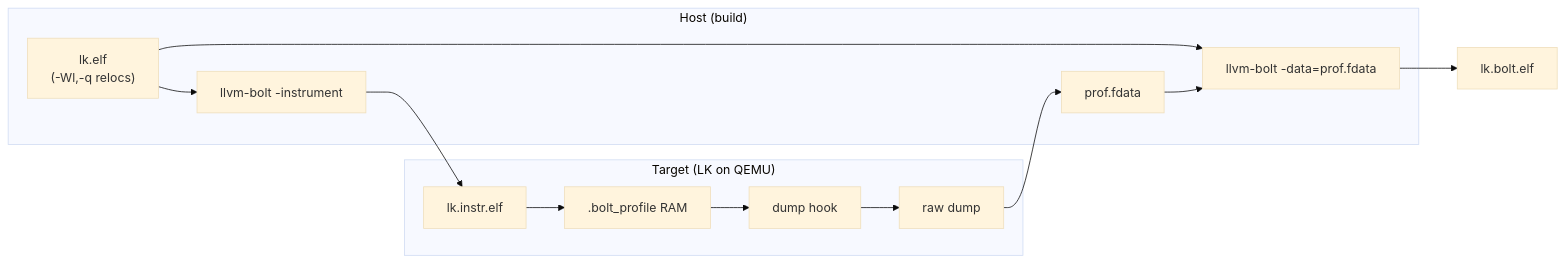
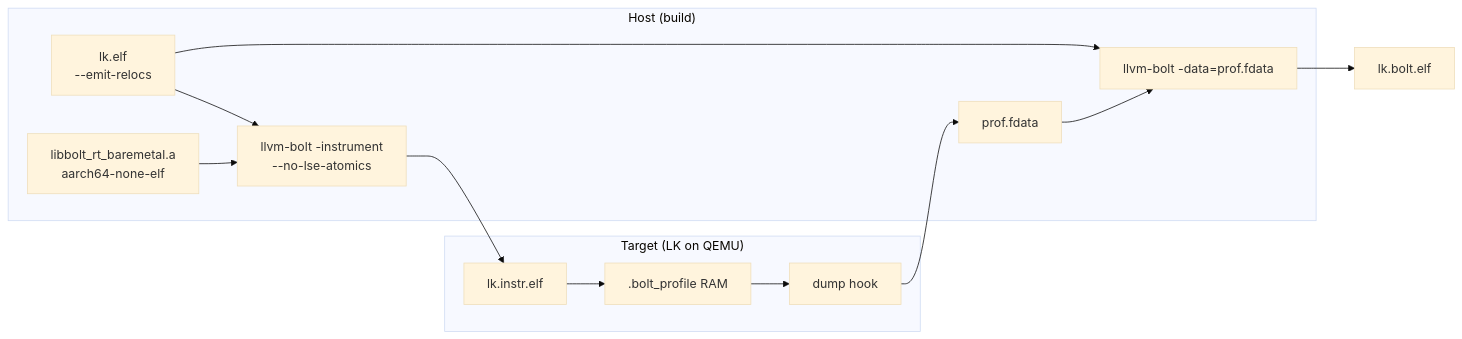
One commit to shadowfax80/bolt-aarch32 changed the diagram in docs/architecture.md. Above: the diagram before and after it, drawn with Mermaid (base theme). The commit also changed other lines of this file and 16 other files, not shown here.

````diff
--- a/docs/architecture.md
+++ b/docs/architecture.md
@@ -7,22 +16,21 @@
 ```mermaid
 flowchart LR
   subgraph host["Host (build)"]
-    ELF["lk.elf\n(-Wl,-q relocs)"]
-    BOLT_I["llvm-bolt -instrument"]
+    ELF["lk.elf\n--emit-relocs"]
+    RT["libbolt_rt_baremetal.a\naarch64-none-elf"]
+    BOLT_I["llvm-bolt -instrument\n--no-lse-atomics"]
     BOLT_O["llvm-bolt -data=prof.fdata"]
     FDATA["prof.fdata"]
   end
   subgraph target["Target (LK on QEMU)"]
     INSTR["lk.instr.elf"]
     RAM[".bolt_profile RAM"]
     DUMP["dump hook"]
-    RAW["raw dump"]
   end
-  ELF --> BOLT_I --> INSTR
-  INSTR --> RAM
-  RAM --> DUMP --> RAW
-  RAW --> FDATA
+  ELF --> BOLT_I
+  RT --> BOLT_I
+  BOLT_I --> INSTR --> RAM --> DUMP --> FDATA
   ELF --> BOLT_O
   FDATA --> BOLT_O
   BOLT_O --> OPT["lk.bolt.elf"]
 ```
````
